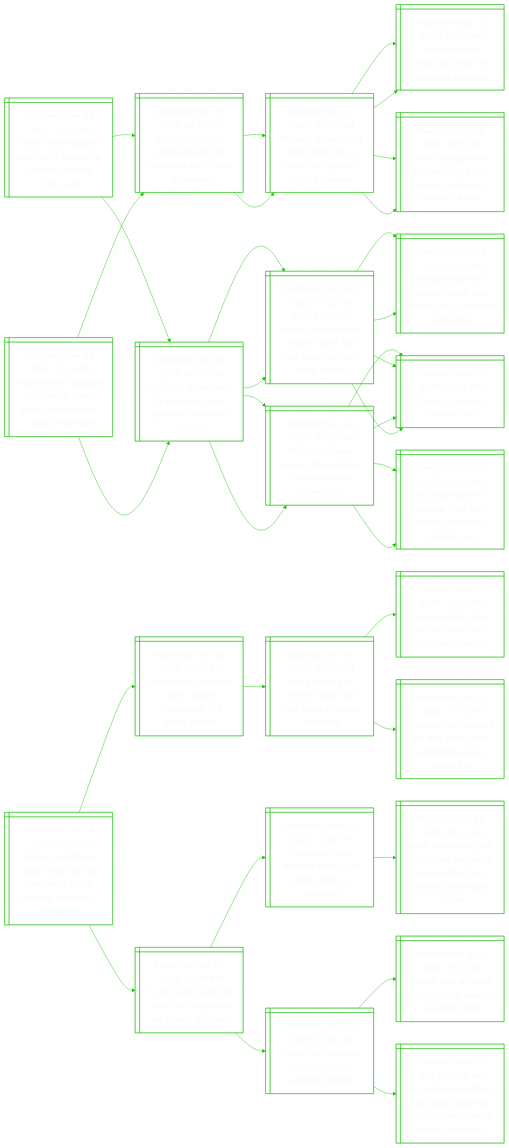
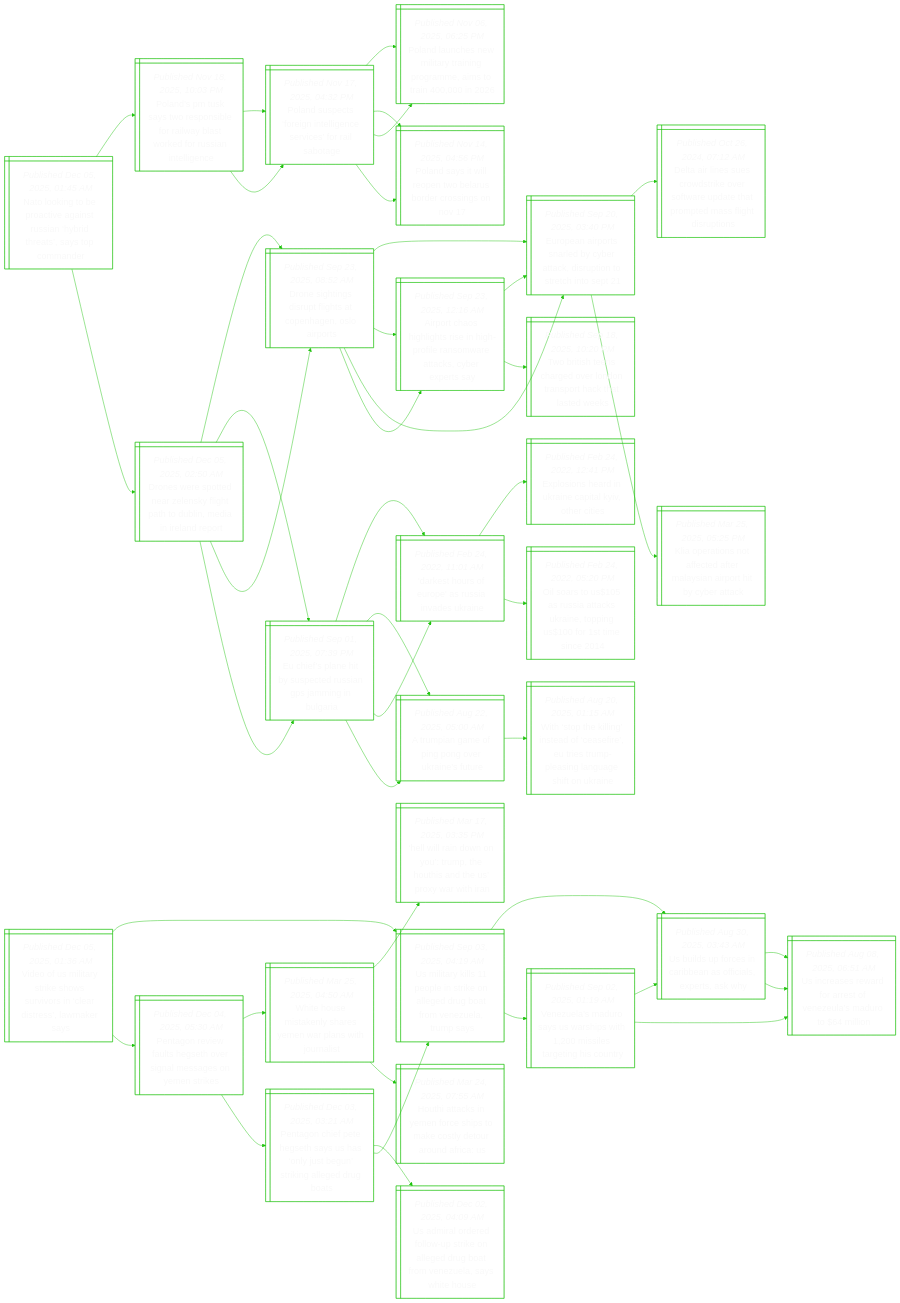
Before and after one commit to notJmes/notJmes: the diagram in README.md, drawn with Mermaid. The commit also changed other lines of this file, not shown here.

````diff
--- a/README.md
+++ b/README.md
@@ -16,112 +16,139 @@
 flowchart LR
 classDef txtsize font-size:20px;
 
-RaUnheooeacKa@{ shape: win-pane, label: "_Published Dec 04, 2025, 11:18 PM_
-Russia sent ukrainian children to north korea ‘re-education’ camps, kyiv says" }
-IdsrwnPoamUn@{ shape: win-pane, label: "_Published Mar 17, 2023, 11:58 PM_
-Icc judges issue arrest warrant for putin over war crimes in ukraine" }
-Mriymrrafkria@{ shape: win-pane, label: "_Published Mar 17, 2023, 01:39 AM_
-Mortars, artillery and small arms fire as battle for bakhmut rages in ukraine" }
-Unronlroen@{ shape: win-pane, label: "_Published Mar 15, 2023, 01:12 AM_
-Ukraine starts producing shells for its soviet-era tanks" }
-Wphmiirspiner@{ shape: win-pane, label: "_Published Mar 15, 2023, 06:55 AM_
-White phosphorus munitions fired from russian positions in eastern ukraine" }
-UkefsoruUnhe@{ shape: win-pane, label: "_Published Dec 04, 2025, 06:35 AM_
-Us backs un demand for russia to return abducted ukrainian children" }
-Ranaomedrhuaiuv@{ shape: win-pane, label: "_Published Dec 03, 2025, 05:20 AM_
-Russia says no ukraine compromise reached after five-hour putin talks with trump envoys" }
-Tstia@{ shape: win-pane, label: "_Published Nov 21, 2025, 04:26 PM_
-Trump’s 28-point ukraine plan" }
-Ulgiaeauuqinl@{ shape: win-pane, label: "_Published Nov 24, 2025, 02:17 AM_
-Us hails progress in ukraine peace talks but security questions unresolved" }
-Tsiafeiotlo@{ shape: win-pane, label: "_Published Dec 04, 2025, 02:55 AM_
-Trump’s ukraine peace effort tests his unconventional diplomacy" }
-Tstia@{ shape: win-pane, label: "_Published Nov 21, 2025, 04:26 PM_
-Trump’s 28-point ukraine plan" }
-Ucnkefunmos@{ shape: win-pane, label: "_Published Nov 26, 2025, 02:13 PM_
-Us peace plan for ukraine drew from russian document, sources say" }
+Dssernlpoiirdr@{ shape: win-pane, label: "_Published Dec 05, 2025, 02:50 AM_
+Drones were spotted near zelensky flight path to dublin, media in ireland report" }
+DsiithChOit@{ shape: win-pane, label: "_Published Sep 23, 2025, 08:52 AM_
+Drone sightings disrupt flights at copenhagen, oslo airports" }
+Eerslcakunrie@{ shape: win-pane, label: "_Published Sep 20, 2025, 03:40 PM_
+European airports snarled by cyber attack, disruption to stretch into sept 21" }
+DAnewietueptsgsi@{ shape: win-pane, label: "_Published Oct 26, 2024, 07:12 AM_
+Delta air lines sues crowdstrike over software update that prompted mass flight disruptions" }
+KpioeaMsityrc@{ shape: win-pane, label: "_Published Mar 25, 2025, 05:25 PM_
+Klia operations not affected after malaysian airport hit by cyber attack" }
+Arohtegfawtsrry@{ shape: win-pane, label: "_Published Sep 23, 2025, 12:16 AM_
+Airport chaos highlights rise in high-profile ransomware attacks, cyber experts say" }
+Eerslcakunrie@{ shape: win-pane, label: "_Published Sep 20, 2025, 03:40 PM_
+European airports snarled by cyber attack, disruption to stretch into sept 21" }
+Titceronttaw@{ shape: win-pane, label: "_Published Sep 18, 2025, 10:20 PM_
+Two british teens charged over london transport hack that lasted weeks" }
+EeatsesPmna@{ shape: win-pane, label: "_Published Sep 01, 2025, 07:39 PM_
+Eu chief’s plane hit by suspected russian gps jamming in bulgaria" }
+DsruasvUn@{ shape: win-pane, label: "_Published Feb 24, 2022, 11:01 AM_
+'darkest hours of europe' as russia invades ukraine" }
+Eshiaalocs@{ shape: win-pane, label: "_Published Feb 24, 2022, 12:41 PM_
+Explosions heard in ukraine capital kyiv, other cities" }
+OaUuakaogrmc@{ shape: win-pane, label: "_Published Feb 24, 2022, 05:20 PM_
+Oil soars to us$105 as russia attacks ukraine, topping us$100 for 1st time since 2014" }
+Apapoeafe@{ shape: win-pane, label: "_Published Aug 22, 2025, 05:00 AM_
+A trumpian game of ping pong over ukraine’s future" }
+Wteisoseiueguhni@{ shape: win-pane, label: "_Published Aug 20, 2025, 01:15 AM_
+With ‘stop the killing’ instead of ‘ceasefire’, eu tries trump-pleasing language shift on ukraine" }
 
-RaUnheooeacKa:::txtsize --> IdsrwnPoamUn:::txtsize
-IdsrwnPoamUn:::txtsize --> Mriymrrafkria:::txtsize
-Mriymrrafkria:::txtsize --> Unronlroen:::txtsize
-Mriymrrafkria:::txtsize --> Wphmiirspiner:::txtsize
-RaUnheooeacKa:::txtsize --> UkefsoruUnhe:::txtsize
-UkefsoruUnhe:::txtsize --> Ranaomedrhuaiuv:::txtsize
-Ranaomedrhuaiuv:::txtsize --> Tstia:::txtsize
-Ranaomedrhuaiuv:::txtsize --> Ulgiaeauuqinl:::txtsize
-UkefsoruUnhe:::txtsize --> Tsiafeiotlo:::txtsize
-Tsiafeiotlo:::txtsize --> Tstia:::txtsize
-Tsiafeiotlo:::txtsize --> Ucnkefunmos:::txtsize
+Dssernlpoiirdr:::txtsize --> DsiithChOit:::txtsize
+DsiithChOit:::txtsize --> Eerslcakunrie:::txtsize
+Eerslcakunrie:::txtsize --> DAnewietueptsgsi:::txtsize
+Eerslcakunrie:::txtsize --> KpioeaMsityrc:::txtsize
+DsiithChOit:::txtsize --> Arohtegfawtsrry:::txtsize
+Arohtegfawtsrry:::txtsize --> Eerslcakunrie:::txtsize
+Arohtegfawtsrry:::txtsize --> Titceronttaw:::txtsize
+Dssernlpoiirdr:::txtsize --> EeatsesPmna:::txtsize
+EeatsesPmna:::txtsize --> DsruasvUn:::txtsize
+DsruasvUn:::txtsize --> Eshiaalocs:::txtsize
+DsruasvUn:::txtsize --> OaUuakaogrmc:::txtsize
+EeatsesPmna:::txtsize --> Apapoeafe:::txtsize
+Apapoeafe:::txtsize --> Wteisoseiueguhni:::txtsize
 
-Smheutiiaeap@{ shape: win-pane, label: "_Published Dec 04, 2025, 11:16 PM_
-Seven more children returned to families in ukraine, melania trump says" }
-UkefsoruUnhe@{ shape: win-pane, label: "_Published Dec 04, 2025, 06:35 AM_
-Us backs un demand for russia to return abducted ukrainian children" }
-Ranaomedrhuaiuv@{ shape: win-pane, label: "_Published Dec 03, 2025, 05:20 AM_
-Russia says no ukraine compromise reached after five-hour putin talks with trump envoys" }
-Tstia@{ shape: win-pane, label: "_Published Nov 21, 2025, 04:26 PM_
-Trump’s 28-point ukraine plan" }
-Ulgiaeauuqinl@{ shape: win-pane, label: "_Published Nov 24, 2025, 02:17 AM_
-Us hails progress in ukraine peace talks but security questions unresolved" }
-Tsiafeiotlo@{ shape: win-pane, label: "_Published Dec 04, 2025, 02:55 AM_
-Trump’s ukraine peace effort tests his unconventional diplomacy" }
-Tstia@{ shape: win-pane, label: "_Published Nov 21, 2025, 04:26 PM_
-Trump’s 28-point ukraine plan" }
-Ucnkefunmos@{ shape: win-pane, label: "_Published Nov 26, 2025, 02:13 PM_
-Us peace plan for ukraine drew from russian document, sources say" }
-IdsrwnPoamUn@{ shape: win-pane, label: "_Published Mar 17, 2023, 11:58 PM_
-Icc judges issue arrest warrant for putin over war crimes in ukraine" }
-Mriymrrafkria@{ shape: win-pane, label: "_Published Mar 17, 2023, 01:39 AM_
-Mortars, artillery and small arms fire as battle for bakhmut rages in ukraine" }
-Unronlroen@{ shape: win-pane, label: "_Published Mar 15, 2023, 01:12 AM_
-Ukraine starts producing shells for its soviet-era tanks" }
-Wphmiirspiner@{ shape: win-pane, label: "_Published Mar 15, 2023, 06:55 AM_
-White phosphorus munitions fired from russian positions in eastern ukraine" }
+Nogptgtibhstme@{ shape: win-pane, label: "_Published Dec 05, 2025, 01:45 AM_
+Nato looking to be proactive against russian ‘hybrid threats’, says top commander" }
+PduyrneayteRaee@{ shape: win-pane, label: "_Published Nov 18, 2025, 10:03 PM_
+Poland’s pm tusk says two responsible for railway blast worked for russian intelligence" }
+Pdeonlnrsabe@{ shape: win-pane, label: "_Published Nov 17, 2025, 04:32 PM_
+Poland suspects ‘foreign intelligence services’ for rail sabotage" }
+Pdceitiomsa@{ shape: win-pane, label: "_Published Nov 06, 2025, 06:25 PM_
+Poland launches new military training programme, aims to train 400,000 in 2026" }
+PdileBudogo@{ shape: win-pane, label: "_Published Nov 14, 2025, 04:56 PM_
+Poland says it will reopen two belarus border crossings on nov 17" }
+Pdeonlnrsabe@{ shape: win-pane, label: "_Published Nov 17, 2025, 04:32 PM_
+Poland suspects ‘foreign intelligence services’ for rail sabotage" }
+Pdceitiomsa@{ shape: win-pane, label: "_Published Nov 06, 2025, 06:25 PM_
+Poland launches new military training programme, aims to train 400,000 in 2026" }
+PdileBudogo@{ shape: win-pane, label: "_Published Nov 14, 2025, 04:56 PM_
+Poland says it will reopen two belarus border crossings on nov 17" }
+Dssernlpoiirdr@{ shape: win-pane, label: "_Published Dec 05, 2025, 02:50 AM_
+Drones were spotted near zelensky flight path to dublin, media in ireland report" }
+DsiithChOit@{ shape: win-pane, label: "_Published Sep 23, 2025, 08:52 AM_
+Drone sightings disrupt flights at copenhagen, oslo airports" }
+Eerslcakunrie@{ shape: win-pane, label: "_Published Sep 20, 2025, 03:40 PM_
+European airports snarled by cyber attack, disruption to stretch into sept 21" }
+Arohtegfawtsrry@{ shape: win-pane, label: "_Published Sep 23, 2025, 12:16 AM_
+Airport chaos highlights rise in high-profile ransomware attacks, cyber experts say" }
+EeatsesPmna@{ shape: win-pane, label: "_Published Sep 01, 2025, 07:39 PM_
+Eu chief’s plane hit by suspected russian gps jamming in bulgaria" }
+DsruasvUn@{ shape: win-pane, label: "_Published Feb 24, 2022, 11:01 AM_
+'darkest hours of europe' as russia invades ukraine" }
+Apapoeafe@{ shape: win-pane, label: "_Published Aug 22, 2025, 05:00 AM_
+A trumpian game of ping pong over ukraine’s future" }
 
-Smheutiiaeap:::txtsize --> UkefsoruUnhe:::txtsize
-UkefsoruUnhe:::txtsize --> Ranaomedrhuaiuv:::txtsize
-Ranaomedrhuaiuv:::txtsize --> Tstia:::txtsize
-Ranaomedrhuaiuv:::txtsize --> Ulgiaeauuqinl:::txtsize
-UkefsoruUnhe:::txtsize --> Tsiafeiotlo:::txtsize
-Tsiafeiotlo:::txtsize --> Tstia:::txtsize
-Tsiafeiotlo:::txtsize --> Ucnkefunmos:::txtsize
-Smheutiiaeap:::txtsize --> IdsrwnPoamUn:::txtsize
-IdsrwnPoamUn:::txtsize --> Mriymrrafkria:::txtsize
-Mriymrrafkria:::txtsize --> Unronlroen:::txtsize
-Mriymrrafkria:::txtsize --> Wphmiirspiner:::txtsize
+Nogptgtibhstme:::txtsize --> PduyrneayteRaee:::txtsize
+PduyrneayteRaee:::txtsize --> Pdeonlnrsabe:::txtsize
+Pdeonlnrsabe:::txtsize --> Pdceitiomsa:::txtsize
+Pdeonlnrsabe:::txtsize --> PdileBudogo:::txtsize
+PduyrneayteRaee:::txtsize --> Pdeonlnrsabe:::txtsize
+Pdeonlnrsabe:::txtsize --> Pdceitiomsa:::txtsize
+Pdeonlnrsabe:::txtsize --> PdileBudogo:::txtsize
+Nogptgtibhstme:::txtsize --> Dssernlpoiirdr:::txtsize
+Dssernlpoiirdr:::txtsize --> DsiithChOit:::txtsize
+DsiithChOit:::txtsize --> Eerslcakunrie:::txtsize
+DsiithChOit:::txtsize --> Arohtegfawtsrry:::txtsize
+Dssernlpoiirdr:::txtsize --> EeatsesPmna:::txtsize
+EeatsesPmna:::txtsize --> DsruasvUn:::txtsize
+EeatsesPmna:::txtsize --> Apapoeafe:::txtsize
 
-MZrpdurveticnse@{ shape: win-pane, label: "_Published Dec 04, 2025, 11:14 PM_
-Meta’s zuckerberg plans deep cuts for metaverse efforts draining company’s resources" }
-Fouettsinsr@{ shape: win-pane, label: "_Published Dec 04, 2025, 08:29 PM_
-Facebook’s ‘supreme court’ admits ‘frustrations’ in 5 years of work" }
-Mtneusslasi@{ shape: win-pane, label: "_Published Dec 04, 2025, 08:40 AM_
-Meta starting to remove under-16s from social media in australia" }
-Hsinaeoid@{ shape: win-pane, label: "_Published Dec 01, 2025, 12:50 PM_
-How australia plans to ban under-16s from social media" }
-Ybswesnulomb@{ shape: win-pane, label: "_Published Dec 03, 2025, 07:35 AM_
-Youtube says kids will be ‘less safe’ under australia’s social media ban" }
-EaarrntrfWA@{ shape: win-pane, label: "_Published Dec 04, 2025, 06:30 PM_
-Eu to launch antitrust probe into meta over use of ai in whatsapp" }
-Mijtsejrno@{ shape: win-pane, label: "_Published Nov 19, 2025, 12:47 PM_
-Meta wins major antitrust case as us judge rules no monopoly" }
-Mubeoesctsarosl@{ shape: win-pane, label: "_Published Apr 15, 2025, 03:35 AM_
-Mark zuckerberg tells court meta has more competitors than antitrust commission claims" }
-Geeeerntvr@{ shape: win-pane, label: "_Published Sep 03, 2025, 05:39 AM_
-Google not required to sell chrome in antitrust victory" }
-GengnyaSes@{ shape: win-pane, label: "_Published Aug 06, 2024, 07:03 AM_
-Google has an illegal monopoly on search, us judge finds" }
-Utemisgshtarny@{ shape: win-pane, label: "_Published Nov 19, 2024, 08:45 AM_
-Us justice department will push google to sell chrome to break search monopoly" }
+Voiriorrlisms@{ shape: win-pane, label: "_Published Dec 05, 2025, 01:36 AM_
+Video of us military strike shows survivors in ‘clear distress’, lawmaker says" }
+UikperngutVura@{ shape: win-pane, label: "_Published Sep 03, 2025, 04:19 AM_
+Us military kills 11 people in strike on alleged drug boat from venezuela, trump says" }
+Ulfsrafapay@{ shape: win-pane, label: "_Published Aug 30, 2025, 03:43 AM_
+Us builds up forces in caribbean as officials, experts, ask why" }
+Ursratnldoi@{ shape: win-pane, label: "_Published Aug 08, 2025, 06:51 AM_
+Us increases reward for arrest of venezeula’s maduro to $64 million" }
+Ursratnldoi@{ shape: win-pane, label: "_Published Aug 08, 2025, 06:51 AM_
+Us increases reward for arrest of venezeula’s maduro to $64 million" }
+VuMoUswieggoy@{ shape: win-pane, label: "_Published Sep 02, 2025, 01:19 AM_
+Venezuela’s maduro says us warships with 1,200 missiles targeting his country" }
+Ulfsrafapay@{ shape: win-pane, label: "_Published Aug 30, 2025, 03:43 AM_
+Us builds up forces in caribbean as officials, experts, ask why" }
+Ursratnldoi@{ shape: win-pane, label: "_Published Aug 08, 2025, 06:51 AM_
+Us increases reward for arrest of venezeula’s maduro to $64 million" }
+PgvaHtrasoei@{ shape: win-pane, label: "_Published Dec 04, 2025, 05:30 AM_
+Pentagon review faults hegseth over signal messages on yemen strikes" }
+WHmkssnliui@{ shape: win-pane, label: "_Published Mar 25, 2025, 04:50 AM_
+White house mistakenly shares yemen war plans with journalist" }
+Hiinuposhrah@{ shape: win-pane, label: "_Published Mar 17, 2025, 03:35 PM_
+‘hell will rain down on you’: trump, the houthis and the us’ proxy war with iran" }
+HicYfsteloofU@{ shape: win-pane, label: "_Published Mar 24, 2025, 07:55 AM_
+Houthi attacks in yemen force ships to make costly detour around africa: us" }
+Pgitsahltnkldb@{ shape: win-pane, label: "_Published Dec 03, 2025, 03:21 AM_
+Pentagon chief pete hegseth says us has ‘only just begun’ striking alleged drug boats" }
+Uirdotoeramzsho@{ shape: win-pane, label: "_Published Dec 02, 2025, 04:09 AM_
+Us admiral ordered follow-up strike on alleged drug boat from venezuela, says white house" }
+UikperngutVura@{ shape: win-pane, label: "_Published Sep 03, 2025, 04:19 AM_
+Us military kills 11 people in strike on alleged drug boat from venezuela, trump says" }
 
-MZrpdurveticnse:::txtsize --> Fouettsinsr:::txtsize
-Fouettsinsr:::txtsize --> Mtneusslasi:::txtsize
-Mtneusslasi:::txtsize --> Hsinaeoid:::txtsize
-Mtneusslasi:::txtsize --> Ybswesnulomb:::txtsize
-MZrpdurveticnse:::txtsize --> EaarrntrfWA:::txtsize
-EaarrntrfWA:::txtsize --> Mijtsejrno:::txtsize
-Mijtsejrno:::txtsize --> Mubeoesctsarosl:::txtsize
-EaarrntrfWA:::txtsize --> Geeeerntvr:::txtsize
-Geeeerntvr:::txtsize --> GengnyaSes:::txtsize
-Geeeerntvr:::txtsize --> Utemisgshtarny:::txtsize
+Voiriorrlisms:::txtsize --> UikperngutVura:::txtsize
+UikperngutVura:::txtsize --> Ulfsrafapay:::txtsize
+Ulfsrafapay:::txtsize --> Ursratnldoi:::txtsize
+Ulfsrafapay:::txtsize --> Ursratnldoi:::txtsize
+UikperngutVura:::txtsize --> VuMoUswieggoy:::txtsize
+VuMoUswieggoy:::txtsize --> Ulfsrafapay:::txtsize
+VuMoUswieggoy:::txtsize --> Ursratnldoi:::txtsize
+Voiriorrlisms:::txtsize --> PgvaHtrasoei:::txtsize
+PgvaHtrasoei:::txtsize --> WHmkssnliui:::txtsize
+WHmkssnliui:::txtsize --> Hiinuposhrah:::txtsize
+WHmkssnliui:::txtsize --> HicYfsteloofU:::txtsize
+PgvaHtrasoei:::txtsize --> Pgitsahltnkldb:::txtsize
+Pgitsahltnkldb:::txtsize --> Uirdotoeramzsho:::txtsize
+Pgitsahltnkldb:::txtsize --> UikperngutVura:::txtsize
 
 ```
````
